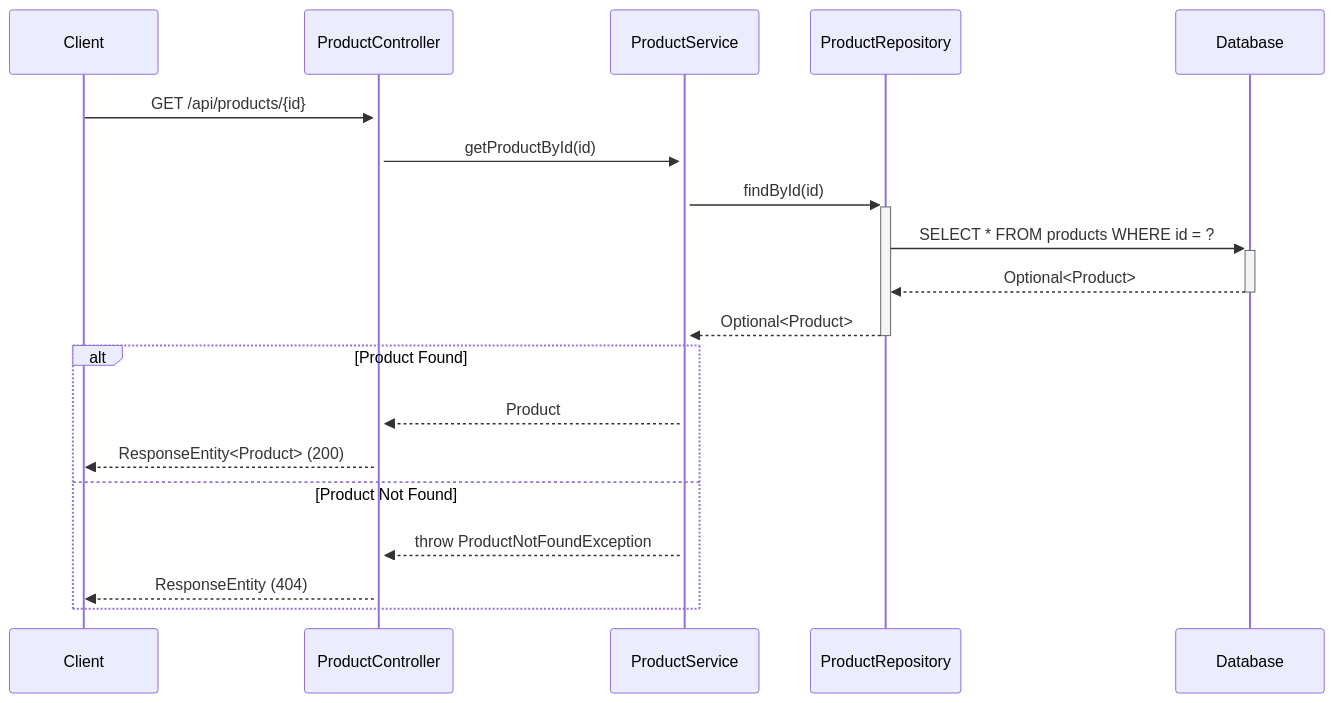
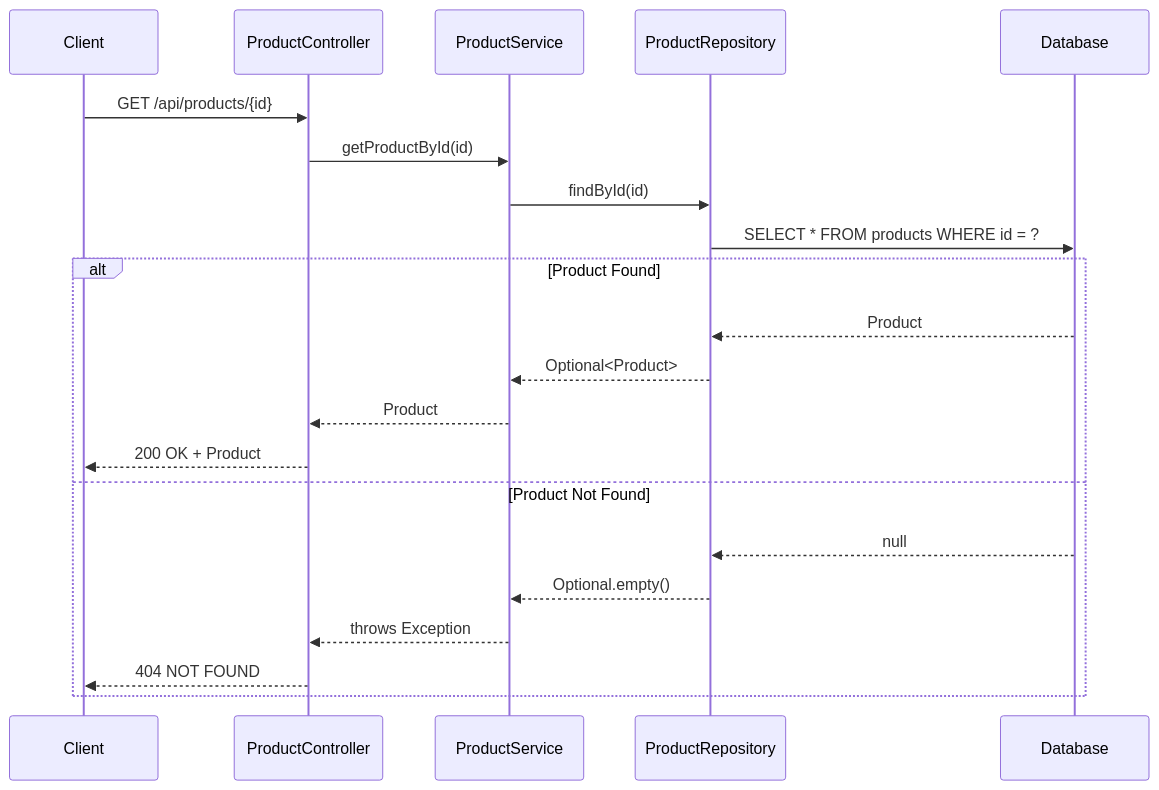
One commit to NavneetBN47/aava-ecom-demo changed the fourth of 9 diagrams in docs/LLD/lld.md. Above: the diagram before and after it, drawn with Mermaid. The commit also changed other lines of this file, not shown here.

````diff
--- a/docs/LLD/lld.md
+++ b/docs/LLD/lld.md
@@ -121,23 +131,25 @@
 ```mermaid
 sequenceDiagram
     participant Client
     participant ProductController
     participant ProductService
     participant ProductRepository
     participant Database
     
-    Client->>+ProductController: GET /api/products/{id}
-    ProductController->>+ProductService: getProductById(id)
-    ProductService->>+ProductRepository: findById(id)
-    ProductRepository->>+Database: SELECT * FROM products WHERE id = ?
-    Database-->>-ProductRepository: Optional<Product>
-    ProductRepository-->>-ProductService: Optional<Product>
+    Client->>ProductController: GET /api/products/{id}
+    ProductController->>ProductService: getProductById(id)
+    ProductService->>ProductRepository: findById(id)
+    ProductRepository->>Database: SELECT * FROM products WHERE id = ?
     
     alt Product Found
+        Database-->>ProductRepository: Product
+        ProductRepository-->>ProductService: Optional<Product>
         ProductService-->>ProductController: Product
-        ProductController-->>Client: ResponseEntity<Product> (200)
+        ProductController-->>Client: 200 OK + Product
     else Product Not Found
-        ProductService-->>ProductController: throw ProductNotFoundException
-        ProductController-->>Client: ResponseEntity (404)
+        Database-->>ProductRepository: null
+        ProductRepository-->>ProductService: Optional.empty()
+        ProductService-->>ProductController: throws Exception
+        ProductController-->>Client: 404 NOT FOUND
     end
 ```
````
